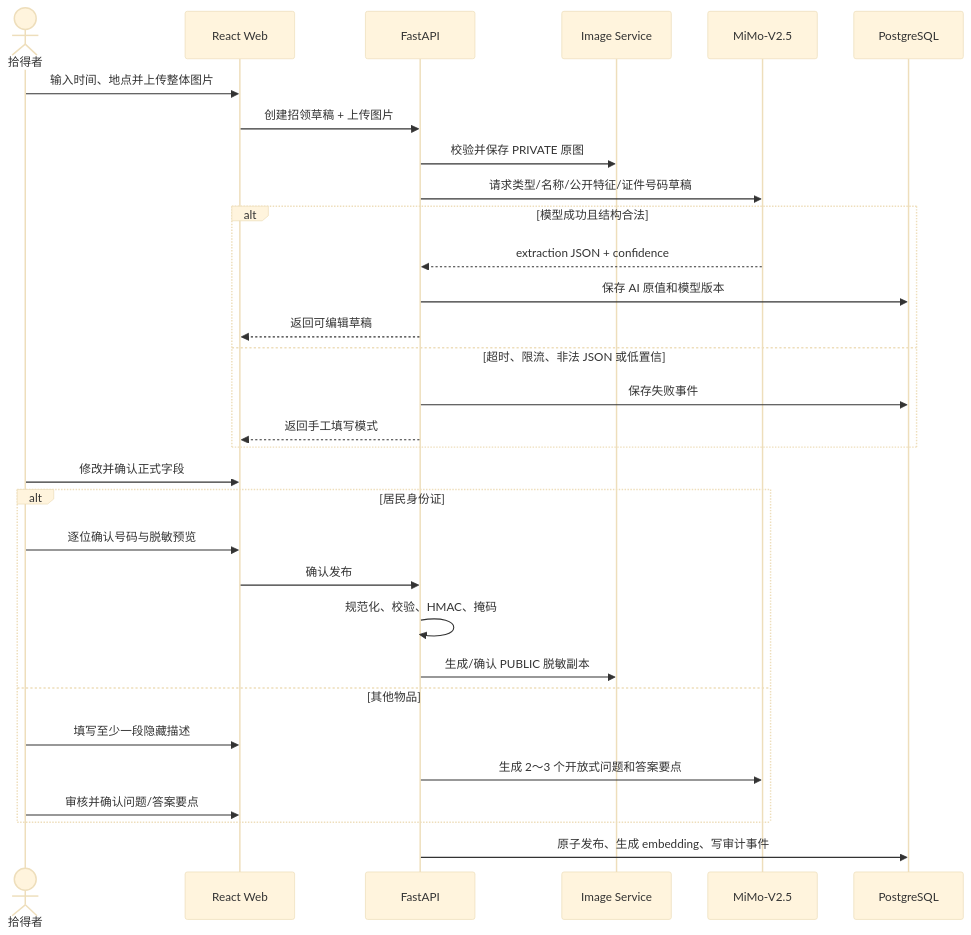
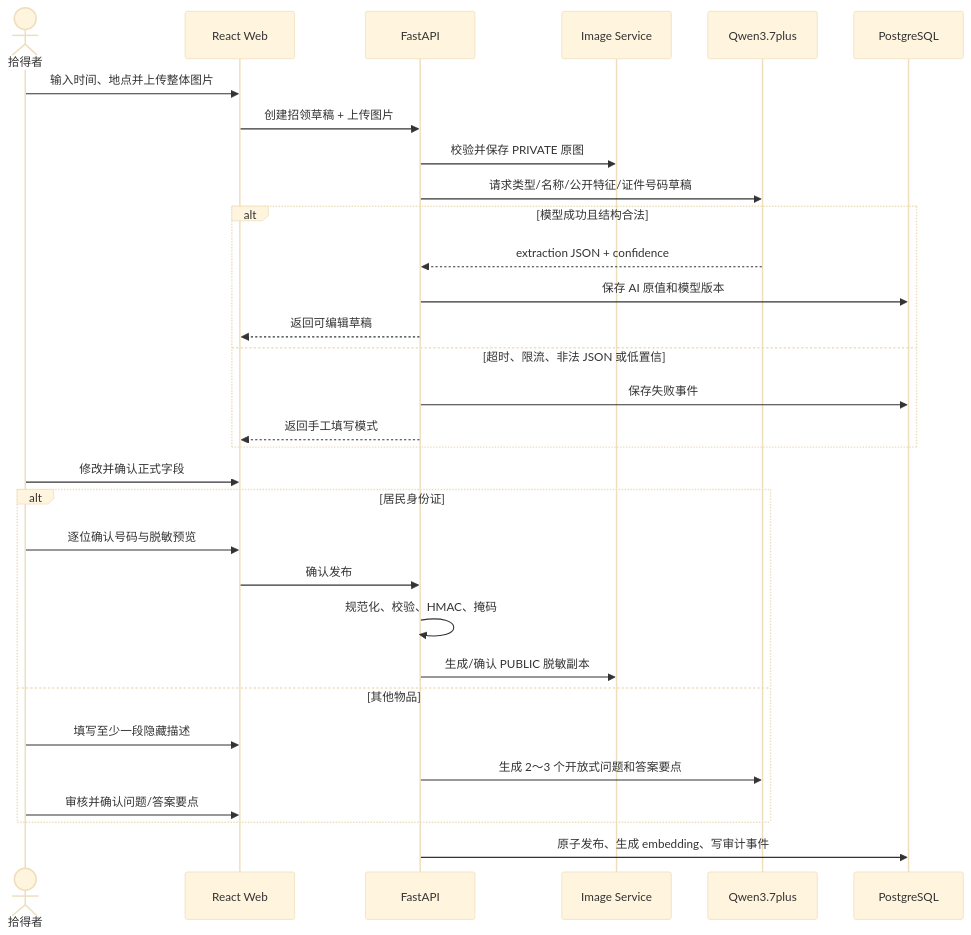
Before and after one commit to xushengyu1/day56-submission: the third of 11 diagrams in docs/design/end-to-end-system-design.md, drawn with Mermaid (base theme). The commit also changed other lines of this file and 64 other files, not shown here.

````diff
--- a/docs/design/end-to-end-system-design.md
+++ b/docs/design/end-to-end-system-design.md
@@ -492,34 +492,34 @@
 ```mermaid
 sequenceDiagram
     actor F as 拾得者
     participant W as React Web
     participant A as FastAPI
     participant S as Image Service
-    participant M as MiMo-V2.5
+    participant M as Qwen3.7plus
     participant D as PostgreSQL
 
     F->>W: 输入时间、地点并上传整体图片
     W->>A: 创建招领草稿 + 上传图片
     A->>S: 校验并保存 PRIVATE 原图
     A->>M: 请求类型/名称/公开特征/证件号码草稿
     alt 模型成功且结构合法
         M-->>A: extraction JSON + confidence
         A->>D: 保存 AI 原值和模型版本
         A-->>W: 返回可编辑草稿
     else 超时、限流、非法 JSON 或低置信
         A->>D: 保存失败事件
         A-->>W: 返回手工填写模式
     end
     F->>W: 修改并确认正式字段
     alt 居民身份证
         F->>W: 逐位确认号码与脱敏预览
         W->>A: 确认发布
         A->>A: 规范化、校验、HMAC、掩码
         A->>S: 生成/确认 PUBLIC 脱敏副本
     else 其他物品
         F->>W: 填写至少一段隐藏描述
         A->>M: 生成 2～3 个开放式问题和答案要点
         F->>W: 审核并确认问题/答案要点
     end
     A->>D: 原子发布、生成 embedding、写审计事件
 ```
````
